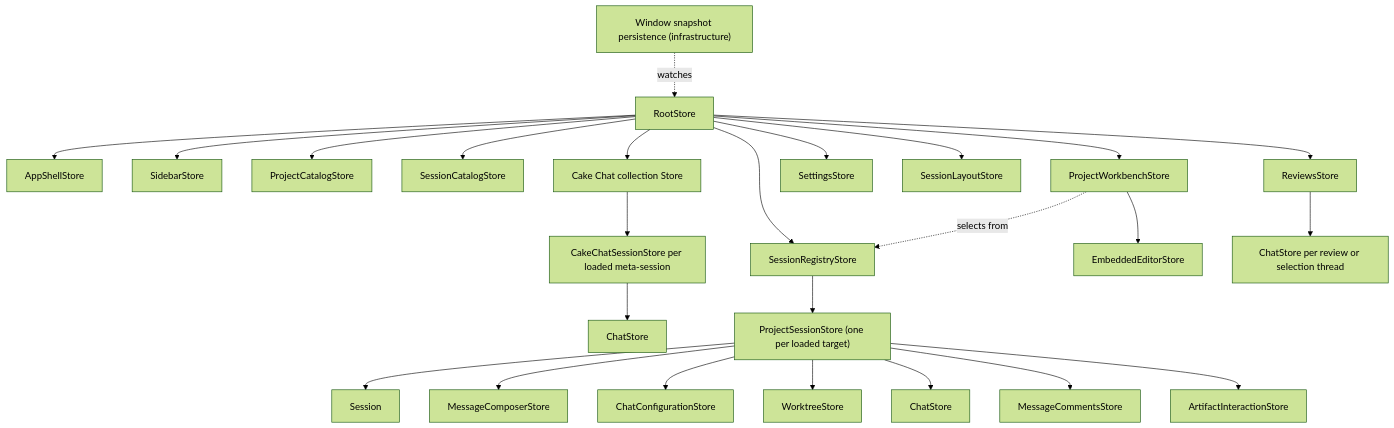
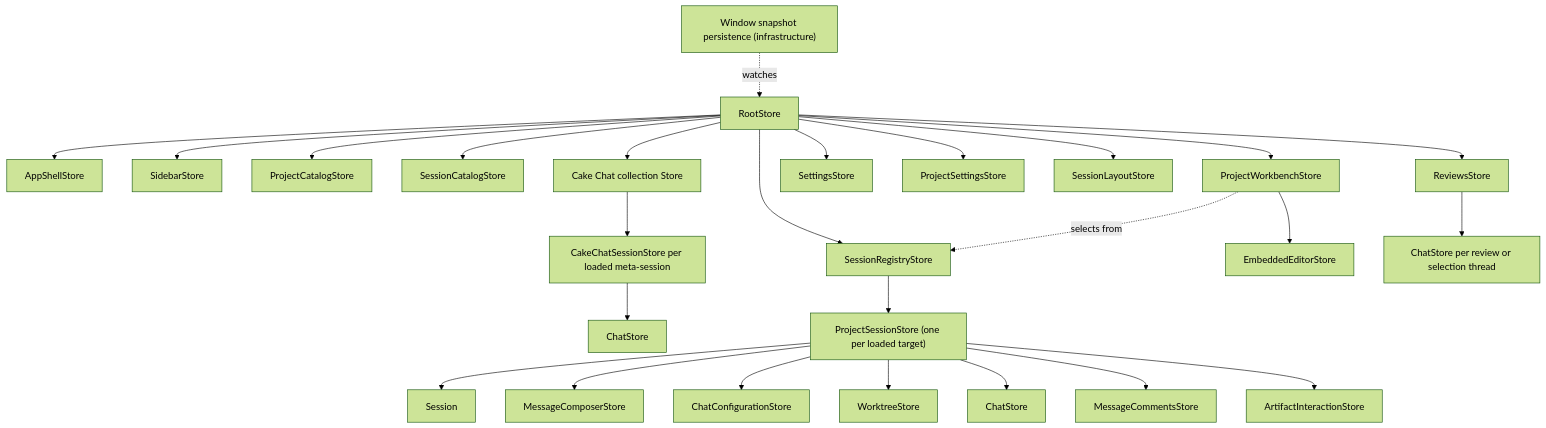
The diagram in docs/architecture/cake-architecture.md (melnikov-s/cake), drawn with Mermaid (forest theme) before and after one commit. The commit also changed other lines of this file and 36 other files, not shown here.

Commit message:
Add project-specific worktree settings

````diff
--- a/docs/architecture/cake-architecture.md
+++ b/docs/architecture/cake-architecture.md
@@ -386,27 +393,28 @@
 ```mermaid
 flowchart TD
   Root["RootStore"] --> Shell["AppShellStore"]
   Root --> Sidebar["SidebarStore"]
   Root --> Projects["ProjectCatalogStore"]
   Root --> Catalog["SessionCatalogStore"]
   Root --> Registry["SessionRegistryStore"]
   Root --> Workbench["ProjectWorkbenchStore"]
   Root --> CakeChat["Cake Chat collection Store"]
   CakeChat --> CakeSession["CakeChatSessionStore per loaded meta-session"]
   CakeSession --> MetaChat["ChatStore"]
   Root --> Settings["SettingsStore"]
+  Root --> ProjectSettings["ProjectSettingsStore"]
   Persistence["Window snapshot persistence (infrastructure)"] -. watches .-> Root
   Workbench -. selects from .-> Registry
   Root --> Layout["SessionLayoutStore"]
   Workbench --> IDE["EmbeddedEditorStore"]
   Registry --> Session["ProjectSessionStore (one per loaded target)"]
   Session --> Model["Session"]
   Session --> Composer["MessageComposerStore"]
   Session --> Config["ChatConfigurationStore"]
   Session --> Worktree["WorktreeStore"]
   Session --> Chat["ChatStore"]
   Session --> Comments["MessageCommentsStore"]
   Session --> Artifacts["ArtifactInteractionStore"]
   Root --> Reviews["ReviewsStore"]
   Reviews --> ThreadChats["ChatStore per review or selection thread"]
 ```
````
